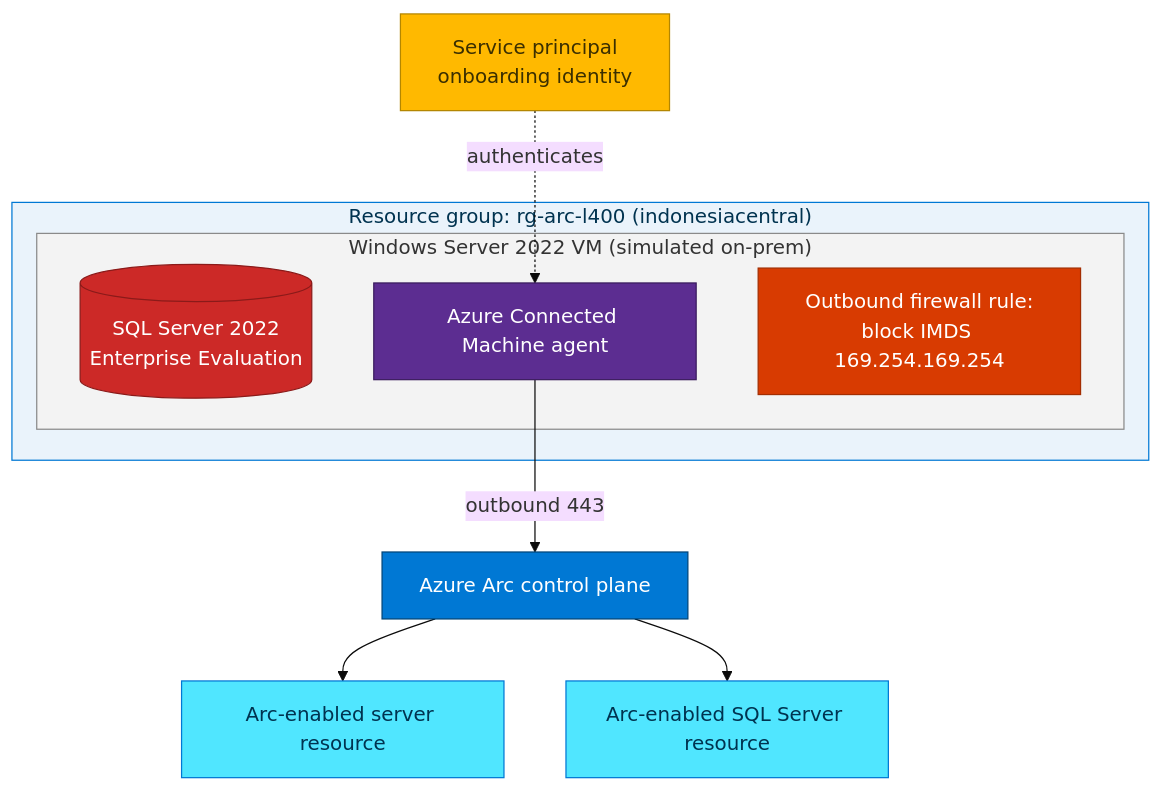
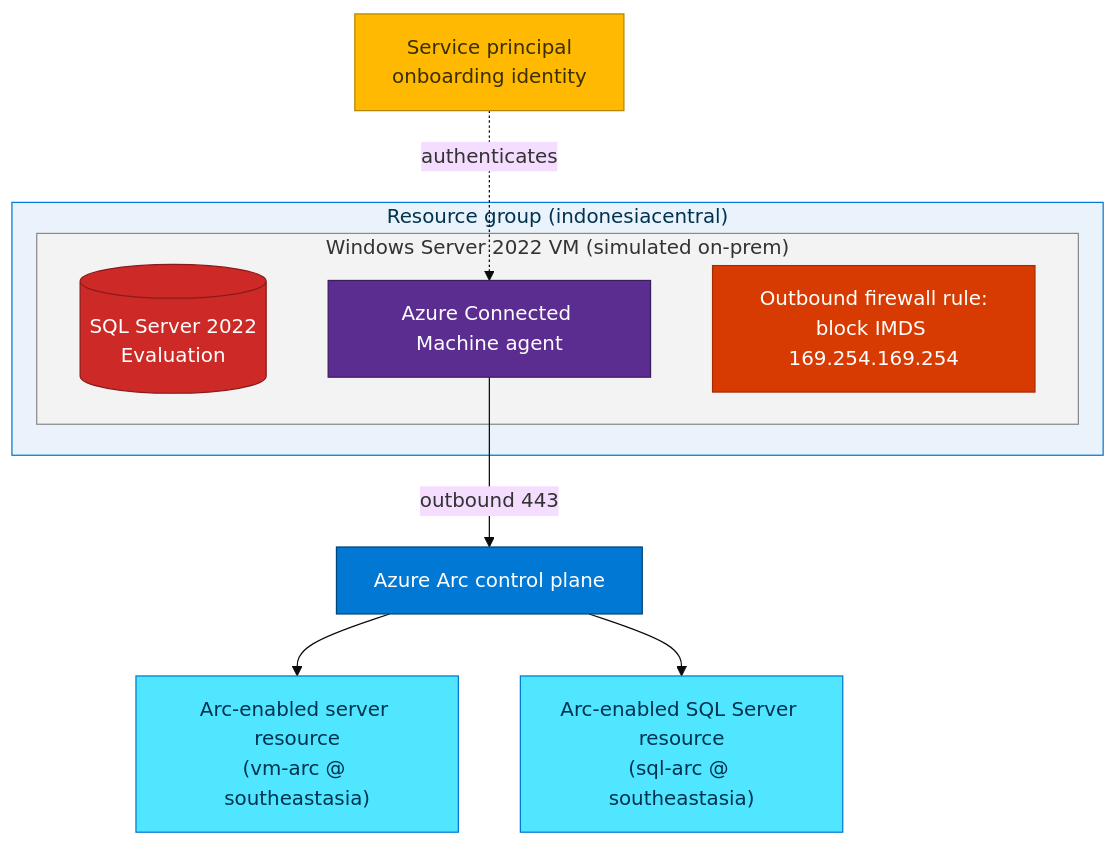
The diagram in _labs/04-simulate-vm-sql-arc.md (ibranibeny/se-labs), drawn with Mermaid (base theme) before and after one commit. The commit also changed other lines of this file, not shown here.

Commit message:
Lab 04: rewrite as block-by-block walkthrough of evaluate-arc-on-azure-vm.ps1 (region-split, Guest Agent ordering, LicenseOnly)

````diff
--- a/_labs/04-simulate-vm-sql-arc.md
+++ b/_labs/04-simulate-vm-sql-arc.md
@@ -33,33 +47,33 @@
 ```mermaid
 %% Colored per the mermaid-diagrams skill (classDef + subgraph style)
 flowchart TB
-    subgraph RG["Resource group: rg-arc-l400 (indonesiacentral)"]
+    subgraph RG["Resource group (indonesiacentral)"]
         subgraph VM["Windows Server 2022 VM (simulated on-prem)"]
-            SQL[(SQL Server 2022<br/>Enterprise Evaluation)]
+            SQL[(SQL Server 2022<br/>Evaluation)]
             AGENT[Azure Connected Machine agent]
             FW[Outbound firewall rule:<br/>block IMDS 169.254.169.254]
         end
     end
     SP[Service principal<br/>onboarding identity] -.authenticates.-> AGENT
     AGENT -->|outbound 443| ARC[Azure Arc control plane]
-    ARC --> ARCVM[Arc-enabled server resource]
-    ARC --> ARCSQL[Arc-enabled SQL Server resource]
+    ARC --> ARCVM["Arc-enabled server resource<br/>(vm-arc @ southeastasia)"]
+    ARC --> ARCSQL["Arc-enabled SQL Server resource<br/>(sql-arc @ southeastasia)"]
 
     %% Color palette
     classDef sql fill:#CC2927,stroke:#8B1A19,color:#ffffff;
     classDef agent fill:#5C2D91,stroke:#3B1C5E,color:#ffffff;
     classDef fw fill:#D83B01,stroke:#A32D01,color:#ffffff;
     classDef identity fill:#FFB900,stroke:#B38600,color:#3b2f00;
     classDef arc fill:#0078D4,stroke:#004578,color:#ffffff;
     classDef resource fill:#50E6FF,stroke:#0078D4,color:#003350;
 
     class SQL sql
     class AGENT agent
     class FW fw
     class SP identity
     class ARC arc
     class ARCVM,ARCSQL resource
 
     style RG fill:#eaf3fb,stroke:#0078D4,color:#003350
     style VM fill:#f3f3f3,stroke:#8A8A8A,color:#333333
 ```
````
